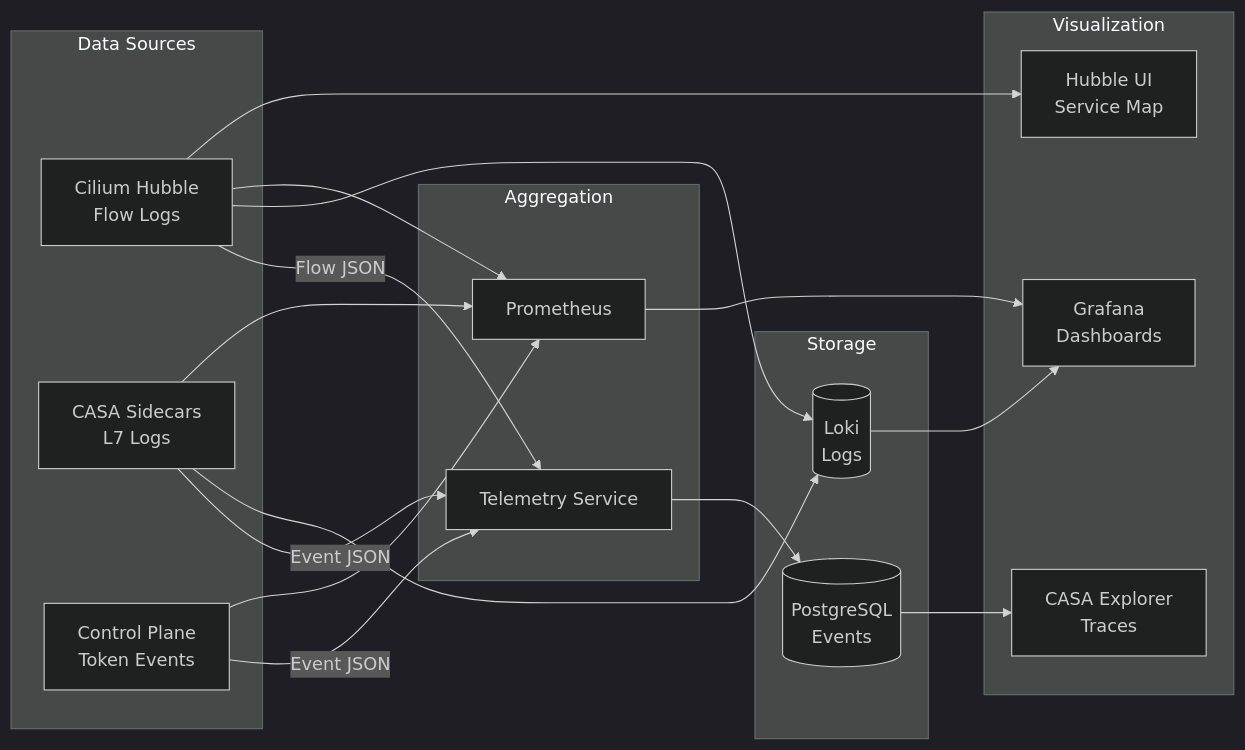
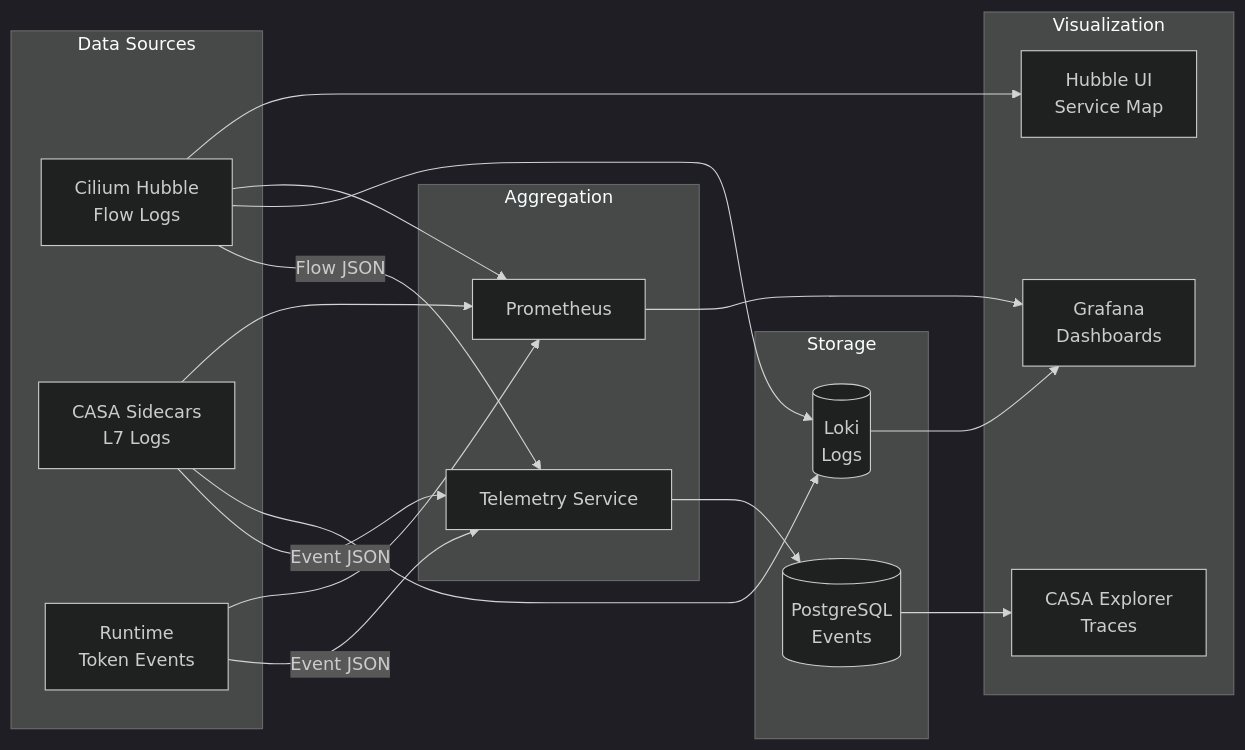
Before and after one commit to outshift-open/CASA: the eighth of 16 diagrams in docs/dev/specs/SPECS.md, drawn with Mermaid (dark theme). The commit also changed other lines of this file and 95 other files, not shown here.

````diff
--- a/docs/dev/specs/SPECS.md
+++ b/docs/dev/specs/SPECS.md
@@ -1398,41 +1398,41 @@
 ```mermaid
 graph LR
     subgraph "Data Sources"
         HUBBLE[Cilium Hubble<br/>Flow Logs]
         SIDECAR[CASA Sidecars<br/>L7 Logs]
-        CTRL[Control Plane<br/>Token Events]
+        CTRL[Runtime<br/>Token Events]
     end
 
     subgraph "Aggregation"
         TELEM[Telemetry Service]
         PROM[Prometheus]
     end
 
     subgraph "Storage"
         PG[(PostgreSQL<br/>Events)]
         LOKI[(Loki<br/>Logs)]
     end
 
     subgraph "Visualization"
         GRAFANA[Grafana<br/>Dashboards]
         HUBBLE_UI[Hubble UI<br/>Service Map]
         CASA_UI[CASA Explorer<br/>Traces]
     end
 
     HUBBLE -->|Flow JSON| TELEM
     SIDECAR -->|Event JSON| TELEM
     CTRL -->|Event JSON| TELEM
 
     TELEM --> PG
     HUBBLE --> LOKI
     SIDECAR --> LOKI
 
     HUBBLE --> PROM
     SIDECAR --> PROM
     CTRL --> PROM
 
     PG --> CASA_UI
     LOKI --> GRAFANA
     PROM --> GRAFANA
     HUBBLE --> HUBBLE_UI
 ```
````
